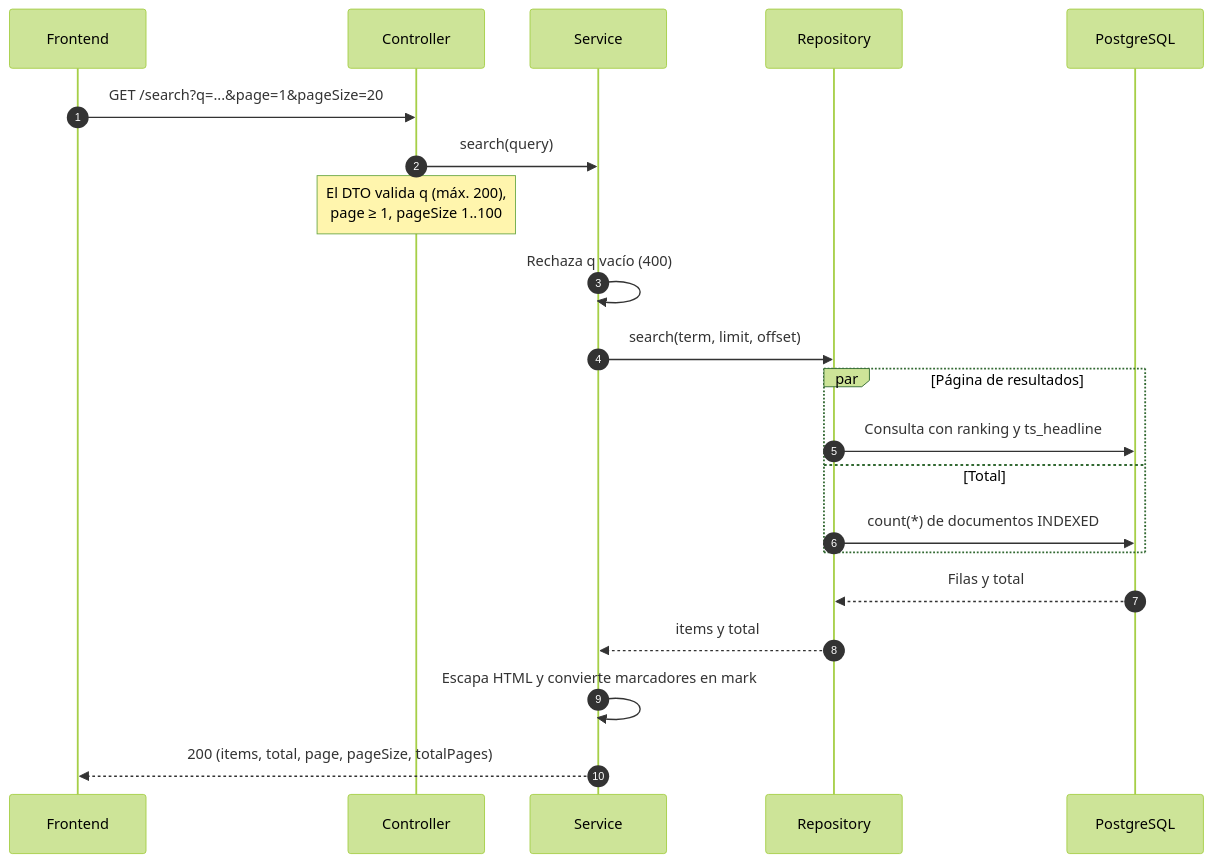
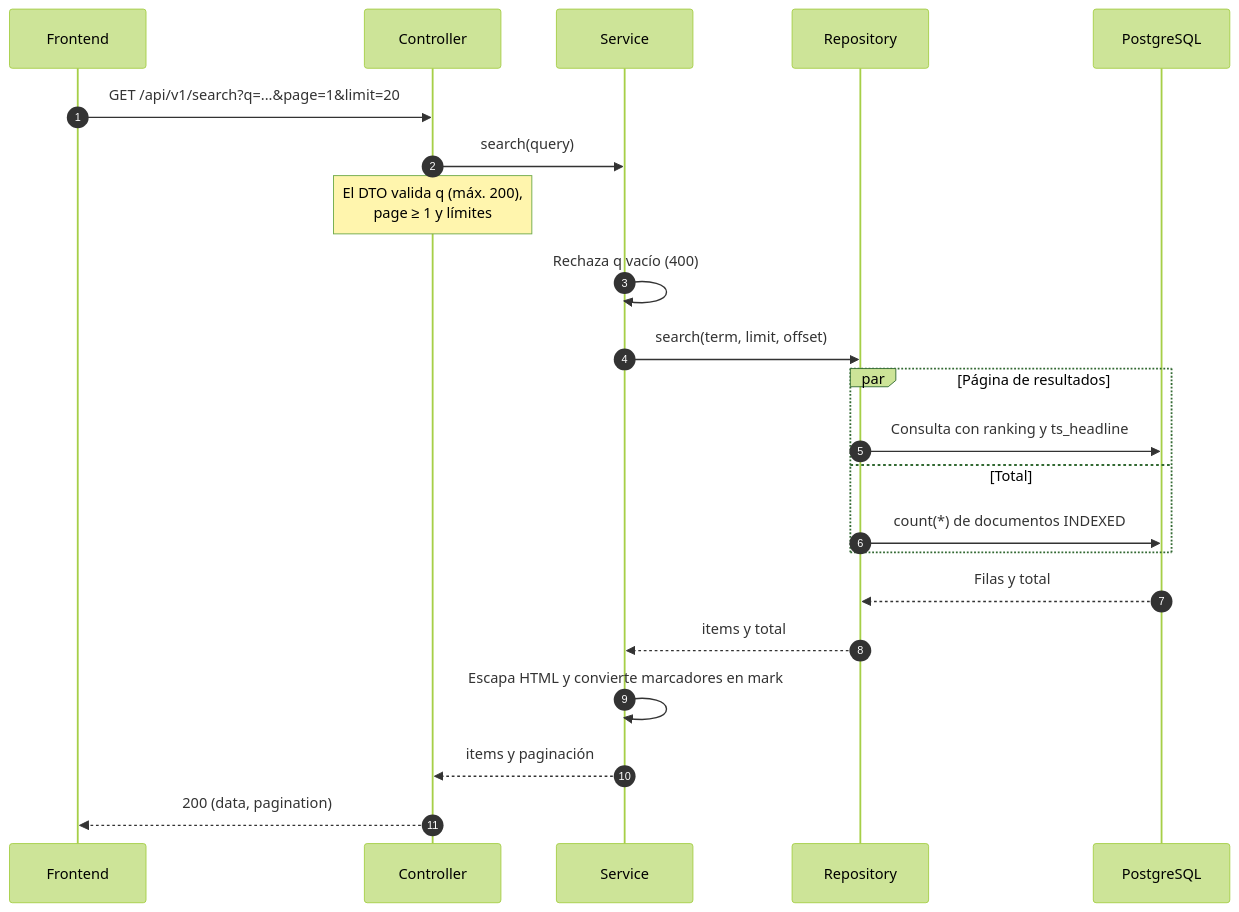
Before and after one commit to danseb93/davivienda-test: the tenth of 13 diagrams in docs/architecture.md, drawn with Mermaid (forest theme). The commit also changed other lines of this file and 13 other files, not shown here.

````diff
--- a/docs/architecture.md
+++ b/docs/architecture.md
@@ -123,24 +272,25 @@
 ```mermaid
 sequenceDiagram
-    autonumber
-    participant U as Frontend
-    participant SC as Controller
-    participant DS as Service
-    participant RP as Repository
-    participant DB as PostgreSQL
+   autonumber
+   participant U as Frontend
+   participant SC as Controller
+   participant DS as Service
+   participant RP as Repository
+   participant DB as PostgreSQL
 
-    U->>SC: GET /search?q=...&page=1&pageSize=20
-    SC->>DS: search(query)
-    Note over SC: El DTO valida q (máx. 200),<br/>page ≥ 1, pageSize 1..100
-    DS->>DS: Rechaza q vacío (400)
-    DS->>RP: search(term, limit, offset)
-    par Página de resultados
-        RP->>DB: Consulta con ranking y ts_headline
-    and Total
-        RP->>DB: count(*) de documentos INDEXED
-    end
-    DB-->>RP: Filas y total
-    RP-->>DS: items y total
-    DS->>DS: Escapa HTML y convierte marcadores en mark
-    DS-->>U: 200 (items, total, page, pageSize, totalPages)
+   U->>SC: GET /api/v1/search?q=...&page=1&limit=20
+   SC->>DS: search(query)
+   Note over SC: El DTO valida q (máx. 200),<br/>page ≥ 1 y límites
+   DS->>DS: Rechaza q vacío (400)
+   DS->>RP: search(term, limit, offset)
+   par Página de resultados
+       RP->>DB: Consulta con ranking y ts_headline
+   and Total
+       RP->>DB: count(*) de documentos INDEXED
+   end
+   DB-->>RP: Filas y total
+   RP-->>DS: items y total
+   DS->>DS: Escapa HTML y convierte marcadores en mark
+   DS-->>SC: items y paginación
+   SC-->>U: 200 (data, pagination)
 ```
````
